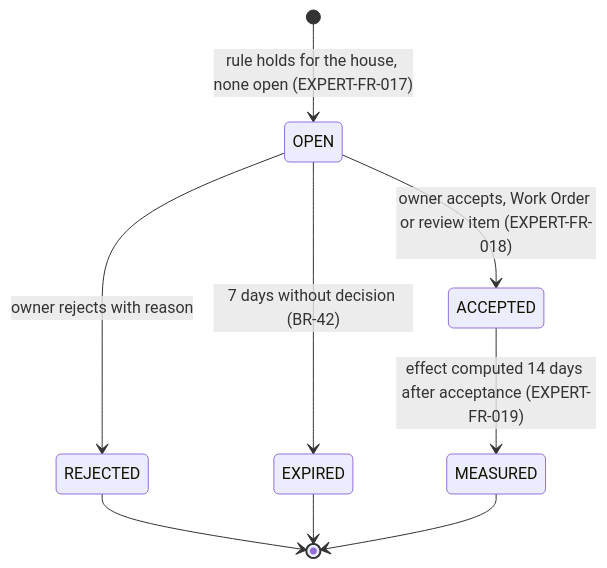
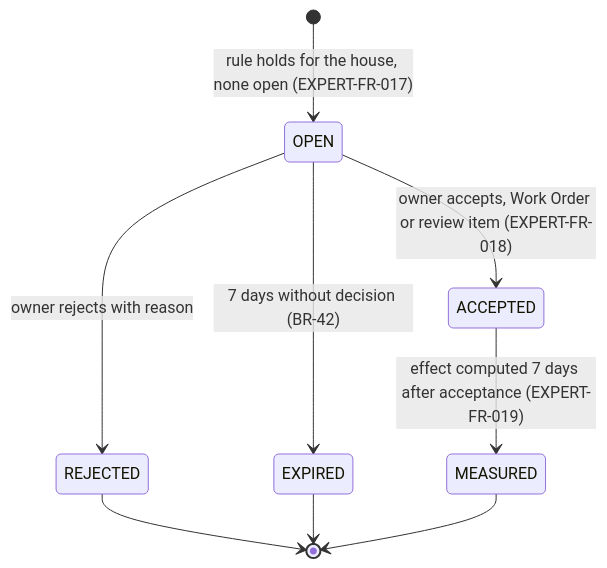
Before and after one commit to NBao261/SwiftletCare_KLTN: diagram 24 of 40 in docs/reports/report4-sdd.md, drawn with Mermaid. The commit also changed other lines of this file and 7 other files, not shown here.

````diff
--- a/docs/reports/report4-sdd.md
+++ b/docs/reports/report4-sdd.md
@@ -1286,11 +1286,11 @@
 ```mermaid
 stateDiagram-v2
   [*] --> OPEN : rule holds for the house, none open (EXPERT-FR-017)
   OPEN --> ACCEPTED : owner accepts, Work Order or review item (EXPERT-FR-018)
   OPEN --> REJECTED : owner rejects with reason
   OPEN --> EXPIRED : 7 days without decision (BR-42)
-  ACCEPTED --> MEASURED : effect computed 14 days after acceptance (EXPERT-FR-019)
+  ACCEPTED --> MEASURED : effect computed 7 days after acceptance (EXPERT-FR-019)
   REJECTED --> [*]
   EXPIRED --> [*]
   MEASURED --> [*]
 ```
````
